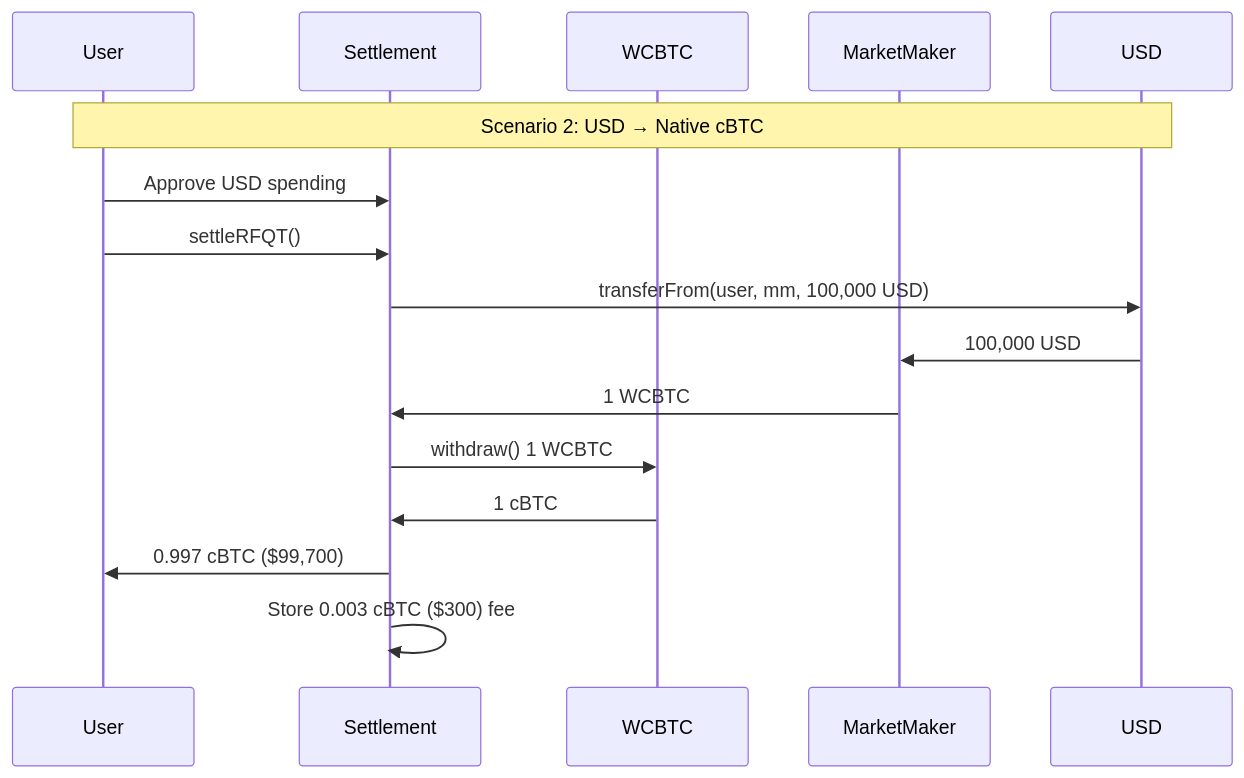
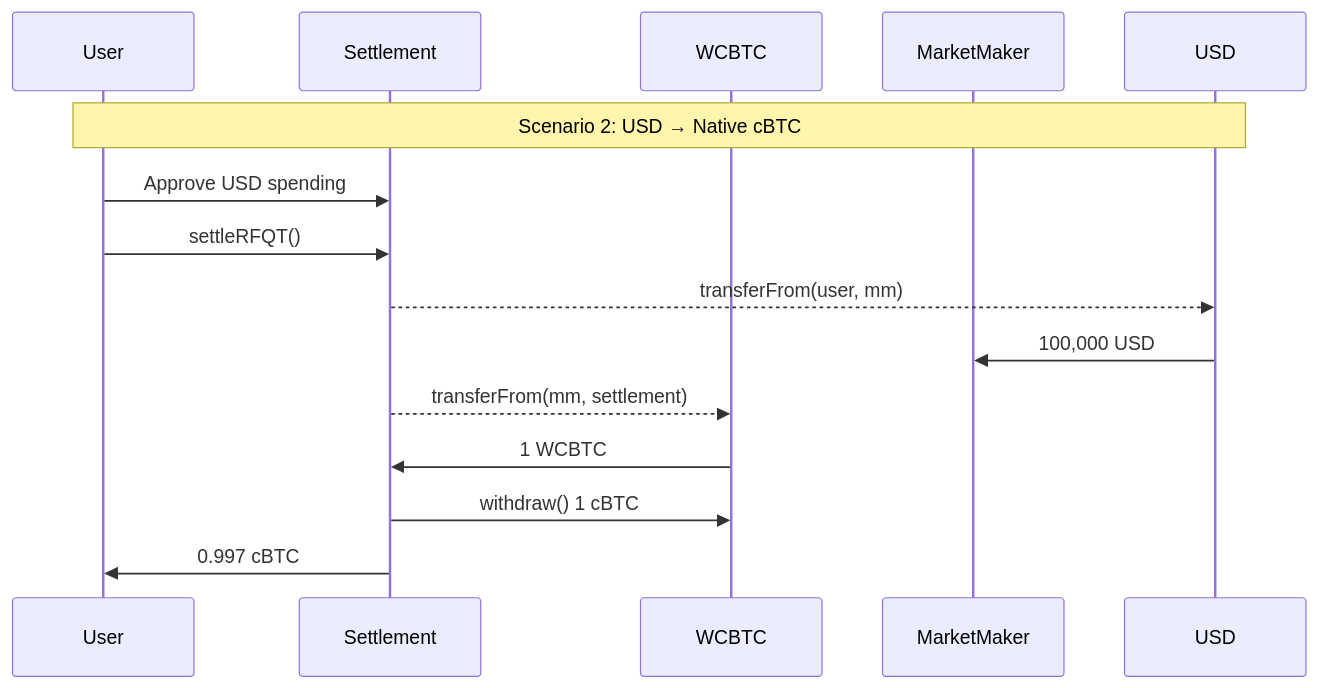
Before and after one commit to crest-bitcoin/docs: the third of 4 diagrams in trading/rfqt.mdx, drawn with Mermaid. The commit also changed other lines of this file and 2 other files, not shown here.

````diff
--- a/trading/rfqt.mdx
+++ b/trading/rfqt.mdx
@@ -92,19 +93,18 @@
 ```mermaid
 sequenceDiagram
     participant User
     participant Settlement
     participant WCBTC
     participant MarketMaker
     participant USD
 
     Note over User,USD: Scenario 2: USD → Native cBTC
     User->>Settlement: Approve USD spending
     User->>Settlement: settleRFQT()
-    Settlement->>USD: transferFrom(user, mm, 100,000 USD)
+    Settlement-->>USD: transferFrom(user, mm)
     USD->>MarketMaker: 100,000 USD
-    MarketMaker->>Settlement: 1 WCBTC
-    Settlement->>WCBTC: withdraw() 1 WCBTC
-    WCBTC->>Settlement: 1 cBTC
-    Settlement->>User: 0.997 cBTC ($99,700)
-    Settlement->>Settlement: Store 0.003 cBTC ($300) fee
+    Settlement-->>WCBTC: transferFrom(mm, settlement)
+    WCBTC->>Settlement: 1 WCBTC
+    Settlement->>WCBTC: withdraw() 1 cBTC
+    Settlement->>User: 0.997 cBTC
 ```
````
